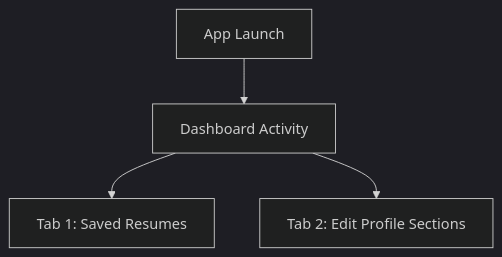
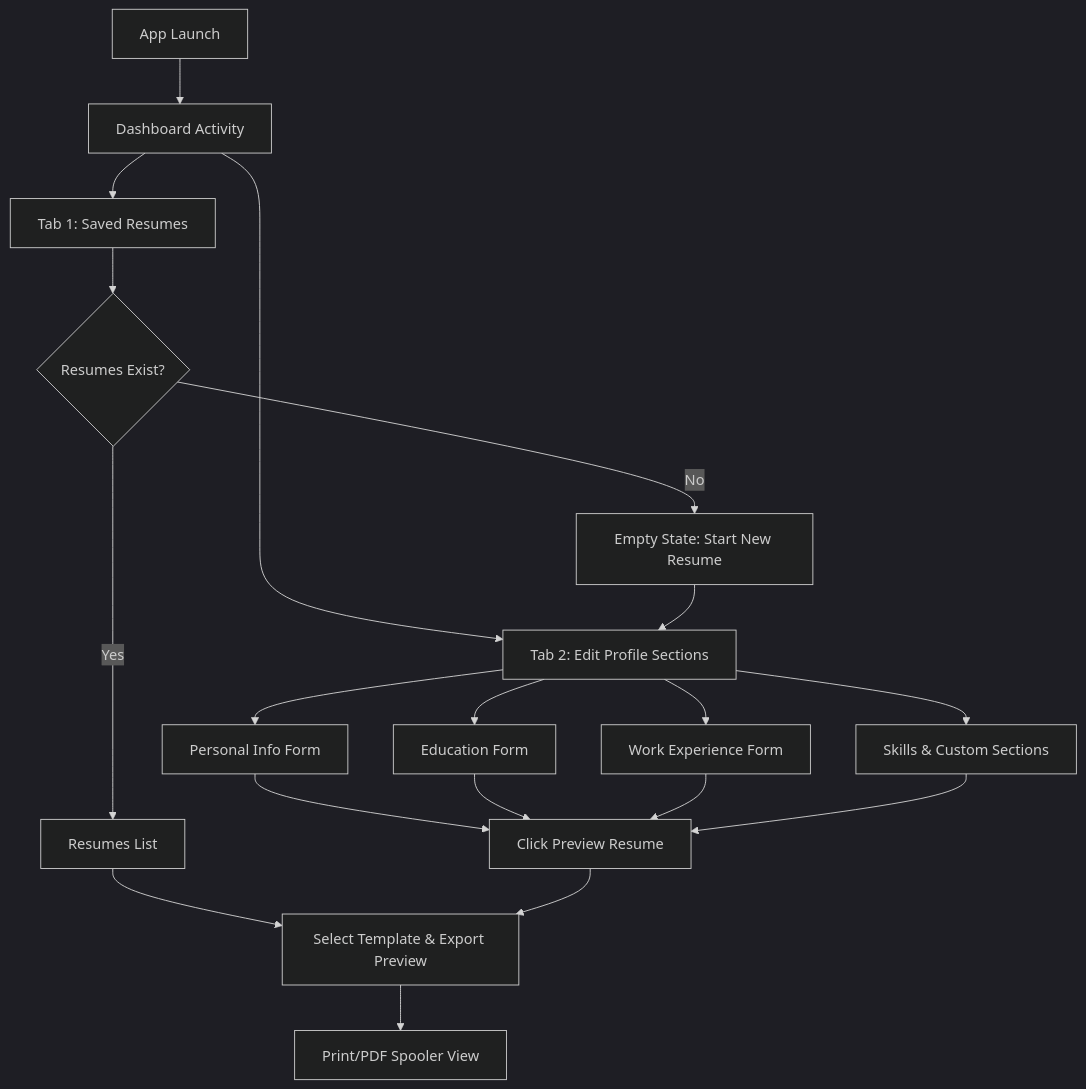
The diagram in 08. Resume PDF Maker/03.FUNCTIONAL-FLOWS.md (Savior-Systems/Savior-Systems-Android-Projects), drawn with Mermaid (dark theme) before and after one commit. The commit also changed other lines of this file and 311 other files, not shown here.

````diff
--- a/08. Resume PDF Maker/03.FUNCTIONAL-FLOWS.md
+++ b/08. Resume PDF Maker/03.FUNCTIONAL-FLOWS.md
@@ -9,6 +9,25 @@
 ```mermaid
 graph TD
     A[App Launch] --> B[Dashboard Activity]
     B --> C[Tab 1: Saved Resumes]
     B --> D[Tab 2: Edit Profile Sections]
+    
+    C --> C1{Resumes Exist?}
+    C1 -->|No| C2[Empty State: Start New Resume]
+    C1 -->|Yes| C3[Resumes List]
+    
+    C2 --> D
+    C3 --> C4[Select Template & Export Preview]
+    C4 --> C5[Print/PDF Spooler View]
+    
+    D --> D1[Personal Info Form]
+    D --> D2[Education Form]
+    D --> D3[Work Experience Form]
+    D --> D4[Skills & Custom Sections]
+    
+    D1 --> E[Click Preview Resume]
+    D2 --> E
+    D3 --> E
+    D4 --> E
+    E --> C4
 ```
````
